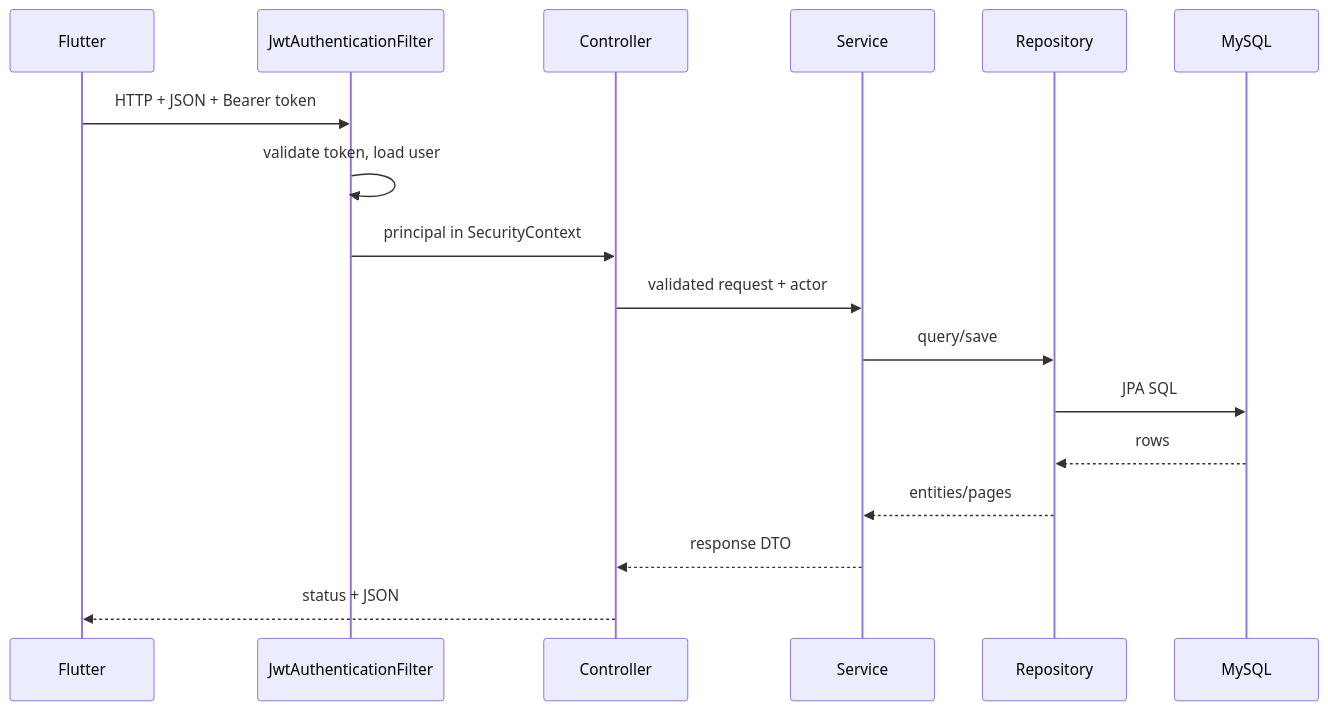
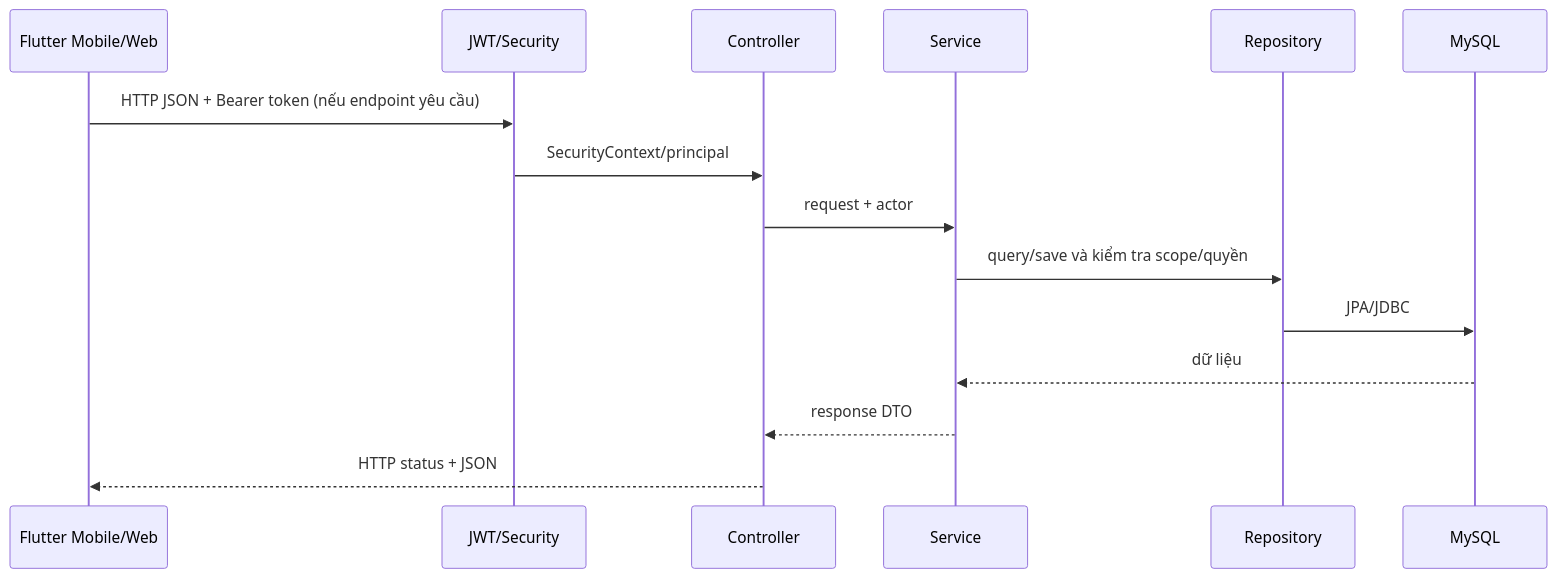
One commit to Nguyenhuynhtu-47/Travel-planner-community changed the diagram in Travel_Planner/CODEBASE_GUIDE/03-BACKEND-TONG-QUAN.md. Above: the diagram before and after it, drawn with Mermaid. The commit also changed other lines of this file and 18 other files, not shown here.

```diff
--- a/Travel_Planner/CODEBASE_GUIDE/03-BACKEND-TONG-QUAN.md
+++ b/Travel_Planner/CODEBASE_GUIDE/03-BACKEND-TONG-QUAN.md
@@ -7,19 +7,17 @@
 ~~~mermaid
 sequenceDiagram
- participant App as Flutter
- participant Jwt as JwtAuthenticationFilter
+ participant App as Flutter Mobile/Web
+ participant Jwt as JWT/Security
  participant C as Controller
  participant S as Service
  participant R as Repository
  participant DB as MySQL
- App->>Jwt: HTTP + JSON + Bearer token
- Jwt->>Jwt: validate token, load user
- Jwt->>C: principal in SecurityContext
- C->>S: validated request + actor
- S->>R: query/save
- R->>DB: JPA SQL
- DB-->>R: rows
- R-->>S: entities/pages
+ App->>Jwt: HTTP JSON + Bearer token (nếu endpoint yêu cầu)
+ Jwt->>C: SecurityContext/principal
+ C->>S: request + actor
+ S->>R: query/save và kiểm tra scope/quyền
+ R->>DB: JPA/JDBC
+ DB-->>S: dữ liệu
  S-->>C: response DTO
- C-->>App: status + JSON
+ C-->>App: HTTP status + JSON
 ~~~
```
